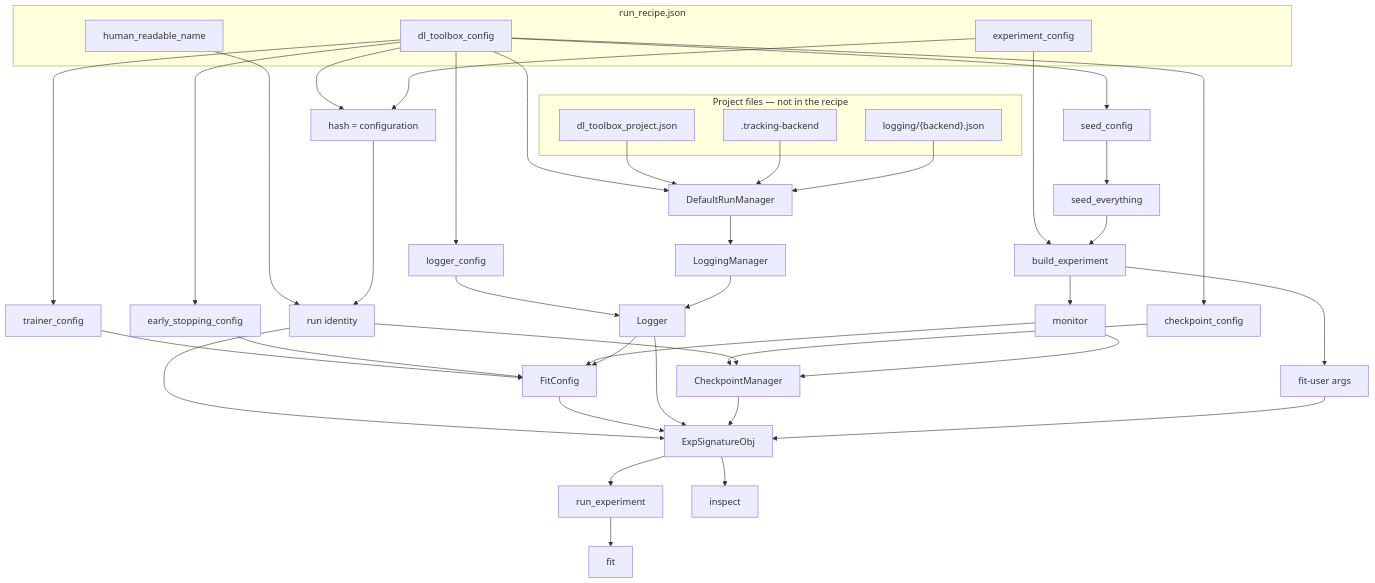
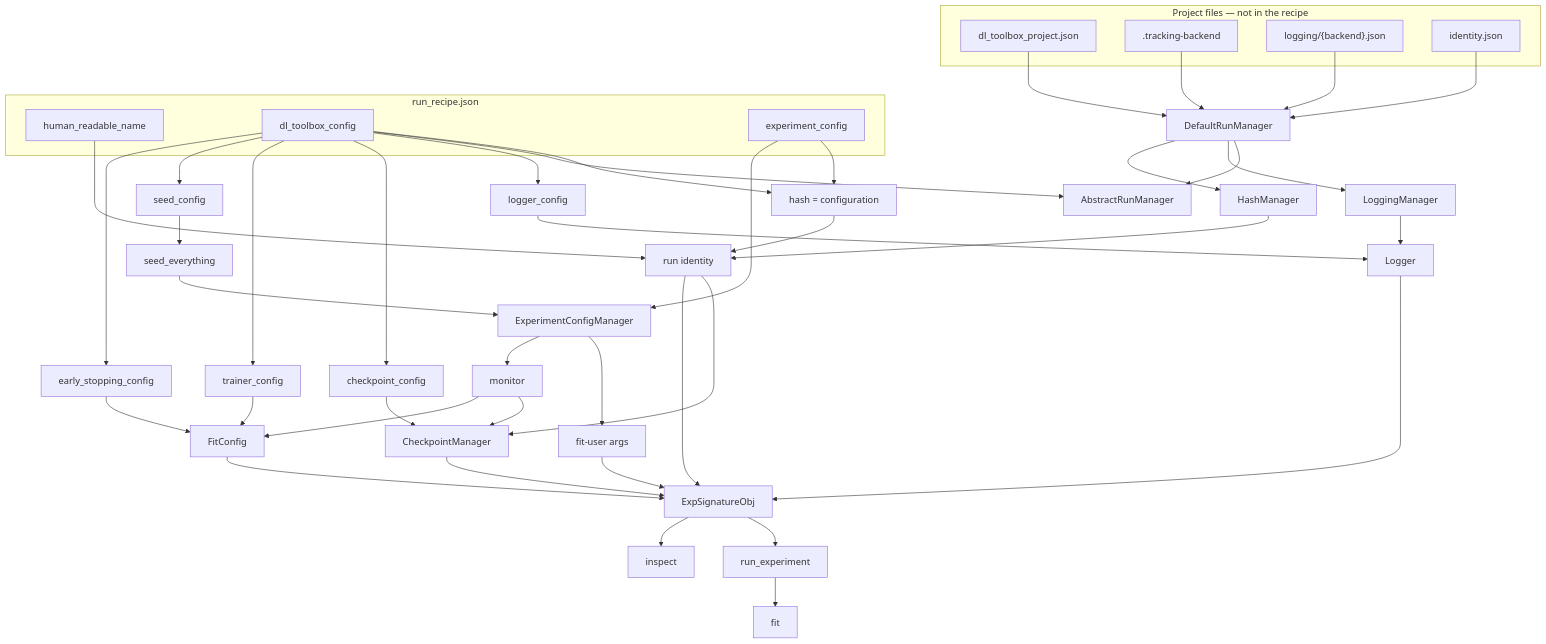
The second of 3 diagrams in standards/experiment_management/overview.md (ayhem18/dl_toolbox), drawn with Mermaid before and after one commit. The commit also changed other lines of this file and 146 other files, not shown here.

````diff
--- a/standards/experiment_management/overview.md
+++ b/standards/experiment_management/overview.md
@@ -28,55 +28,59 @@
 ```mermaid
 flowchart TB
   subgraph project [Project files — not in the recipe]
     marker["dl_toolbox_project.json"]
     backend[".tracking-backend"]
     stores["logging/{backend}.json"]
+    identityjson["identity.json"]
   end
 
   subgraph recipe ["run_recipe.json"]
     name["human_readable_name"]
     toolbox["dl_toolbox_config"]
     experiment["experiment_config"]
   end
 
   toolbox --> cfghash["hash = configuration"]
   experiment --> cfghash
   name --> identity["run identity"]
   cfghash --> identity
 
-  toolbox --> drm["DefaultRunManager"]
-  experiment --> build["build_experiment"]
-  marker --> drm
+  toolbox --> arm["AbstractRunManager"]
+  experiment --> build["ExperimentConfigManager"]
+  marker --> drm["DefaultRunManager"]
   backend --> drm
   stores --> drm
+  identityjson --> drm
+  drm --> arm
 
   drm --> lman["LoggingManager"]
+  drm --> hman["HashManager"]
+  hman --> identity
   toolbox --> logger_cfg["logger_config"]
   toolbox --> ckpt_cfg["checkpoint_config"]
   toolbox --> trainer_cfg["trainer_config"]
   toolbox --> seed_cfg["seed_config"]
   toolbox --> es_cfg["early_stopping_config"]
   logger_cfg --> logger["Logger"]
   lman --> logger
   ckpt_cfg --> ckpt["CheckpointManager"]
   identity --> ckpt
   seed_cfg --> seed["seed_everything"]
   seed --> build
   build --> userargs["fit-user args"]
   build --> monitor["monitor"]
   monitor --> ckpt
   trainer_cfg --> fitcfg["FitConfig"]
   es_cfg --> fitcfg
   monitor --> fitcfg
-  logger --> fitcfg
 
   identity --> sig["ExpSignatureObj"]
   fitcfg --> sig
   logger --> sig
   ckpt --> sig
   userargs --> sig
 
   sig --> run["run_experiment"]
   sig --> inspect["inspect"]
   run --> fit["fit"]
 ```
````
